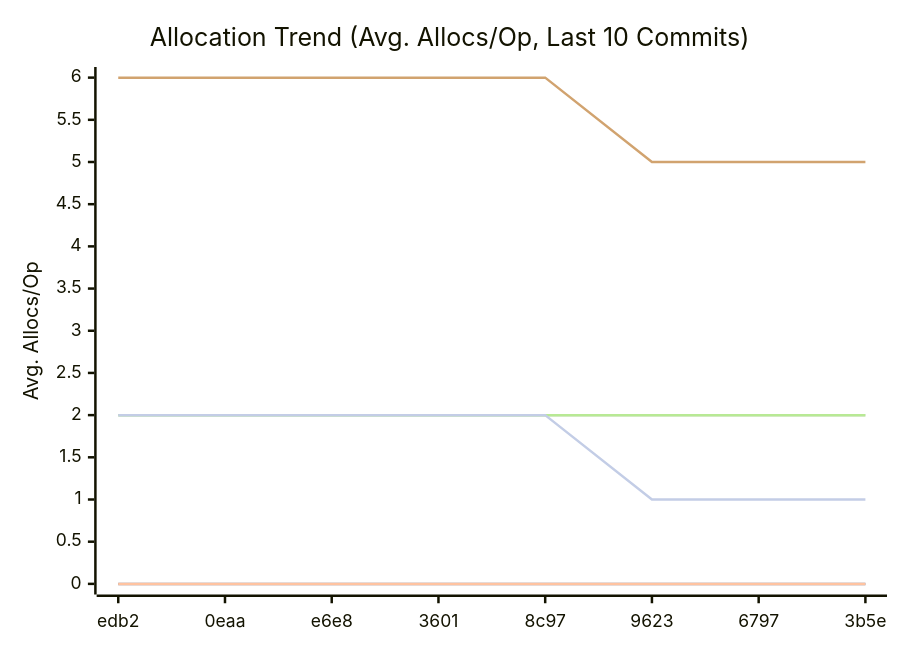
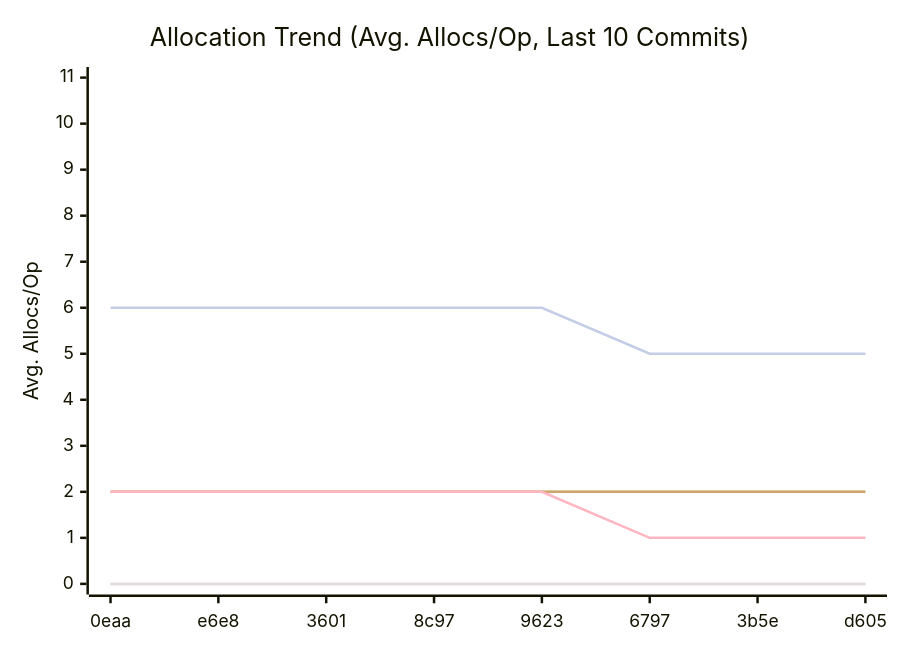
The third of 3 diagrams in docs/README.md (alsotoes/momo), drawn with Mermaid before and after one commit. The commit also changed other lines of this file and 1 other file, not shown here.

````diff
--- a/docs/README.md
+++ b/docs/README.md
@@ -333,14 +339,15 @@
 ```mermaid
 xychart-beta
     title "Allocation Trend (Avg. Allocs/Op, Last 10 Commits)"
     x-axis "Commit"
     y-axis "Avg. Allocs/Op"
-    x-axis [edb2,0eaa,e6e8,3601,8c97,9623,6797,3b5e]
+    x-axis [0eaa,e6e8,3601,8c97,9623,6797,3b5e,d605]
     line "CheckMetricsAndSwap" [0,0,0,0,0,0,0,0,0,0]
+    line "HashFile" [11]
     line "IndexDirectTracking" [0,0,0,0,0,0,0,0,0,0]
     line "IndexSearch" [0,0,0,0,0,0,0,0,0,0]
     line "LoadGlobalConfig" [2,2,2,2,2,2,2,2,2,2]
     line "PadString" [2,2,2,2,2,2,2,2,2,2]
     line "ParseReplicationOrder_NoPrealloc" [6,6,6,6,6,5,5,5,5,5]
     line "ParseReplicationOrder_Prealloc" [2,2,2,2,2,1,1,1,1,1]
 ```
````
